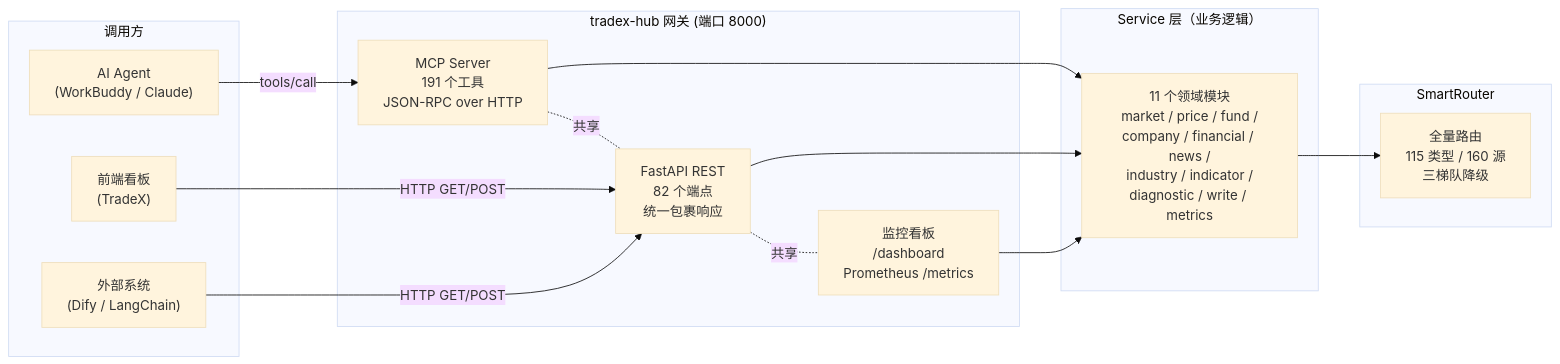
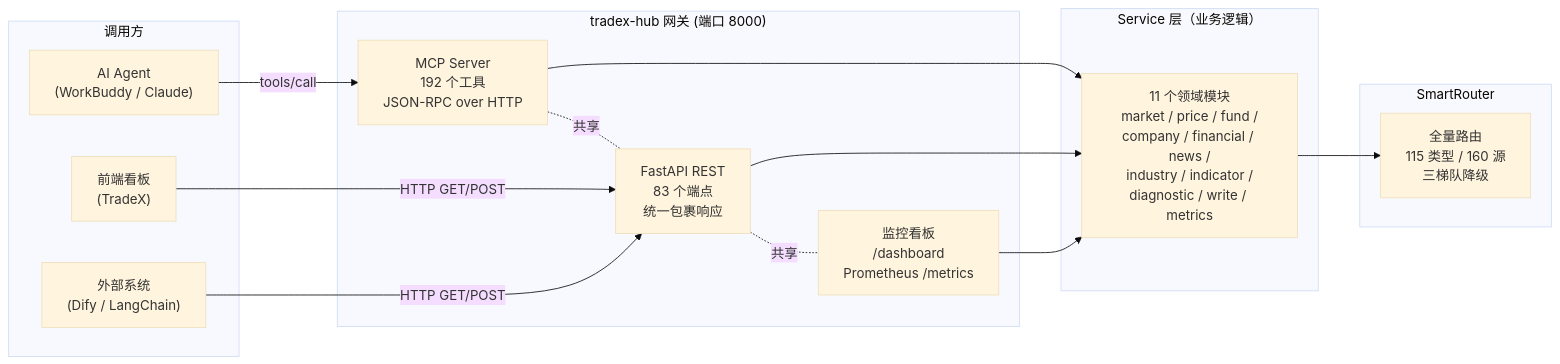
The first of 2 diagrams in README.md (wolfjkd/tradex-hub), drawn with Mermaid (base theme) before and after one commit. The commit also changed other lines of this file and 19 other files, not shown here.

````diff
--- a/README.md
+++ b/README.md
@@ -100,32 +100,32 @@
 ```mermaid
 flowchart LR
     subgraph Caller["调用方"]
         A1["AI Agent<br/>(WorkBuddy / Claude)"]
         A2["前端看板<br/>(TradeX)"]
         A3["外部系统<br/>(Dify / LangChain)"]
     end
 
     subgraph Gateway["tradex-hub 网关 (端口 8000)"]
-        B1["MCP Server<br/>191 个工具<br/>JSON-RPC over HTTP"]
-        B2["FastAPI REST<br/>82 个端点<br/>统一包裹响应"]
+        B1["MCP Server<br/>192 个工具<br/>JSON-RPC over HTTP"]
+        B2["FastAPI REST<br/>83 个端点<br/>统一包裹响应"]
         B3["监控看板<br/>/dashboard<br/>Prometheus /metrics"]
         B1 -.共享.- B2
         B2 -.共享.- B3
     end
 
     subgraph Service["Service 层（业务逻辑）"]
         C1["11 个领域模块<br/>market / price / fund /<br/>company / financial / news /<br/>industry / indicator /<br/>diagnostic / write / metrics"]
     end
 
     subgraph Router["SmartRouter"]
         D1["全量路由<br/>115 类型 / 160 源<br/>三梯队降级"]
     end
 
     A1 -->|tools/call| B1
     A2 -->|HTTP GET/POST| B2
     A3 -->|HTTP GET/POST| B2
     B1 --> C1
     B2 --> C1
     B3 --> C1
     C1 --> D1
 ```
````
